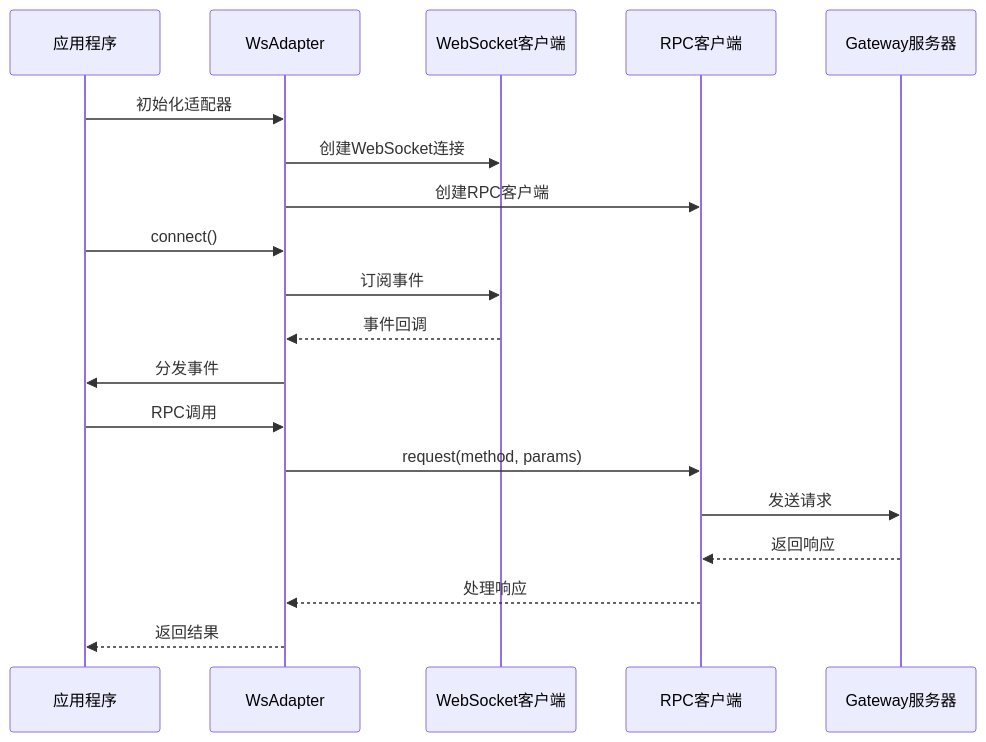
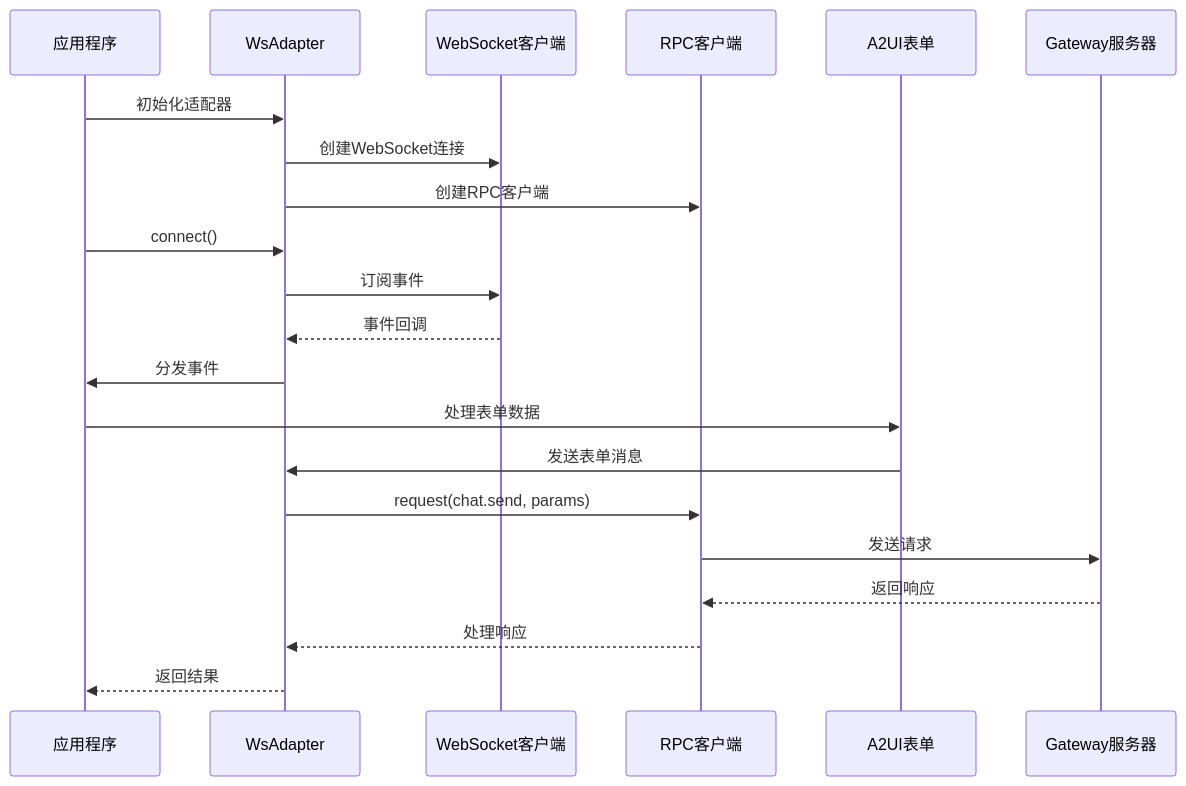
The second of 10 diagrams in .qoder/repowiki/zh/content/网关通信层/WebSocket适配器.md (WW-AI-Lab/openclaw-office), drawn with Mermaid before and after one commit. The commit also changed other lines of this file and 5 other files, not shown here.

````diff
--- a/.qoder/repowiki/zh/content/网关通信层/WebSocket适配器.md
+++ b/.qoder/repowiki/zh/content/网关通信层/WebSocket适配器.md
@@ -114,21 +135,23 @@
 ```mermaid
 sequenceDiagram
 participant App as 应用程序
 participant Adapter as WsAdapter
 participant WS as WebSocket客户端
 participant RPC as RPC客户端
+participant A2UI as A2UI表单
 participant Server as Gateway服务器
 App->>Adapter : 初始化适配器
 Adapter->>WS : 创建WebSocket连接
 Adapter->>RPC : 创建RPC客户端
 App->>Adapter : connect()
 Adapter->>WS : 订阅事件
 WS-->>Adapter : 事件回调
 Adapter->>App : 分发事件
-App->>Adapter : RPC调用
-Adapter->>RPC : request(method, params)
+App->>A2UI : 处理表单数据
+A2UI->>Adapter : 发送表单消息
+Adapter->>RPC : request(chat.send, params)
 RPC->>Server : 发送请求
 Server-->>RPC : 返回响应
 RPC-->>Adapter : 处理响应
 Adapter-->>App : 返回结果
 ```
````
